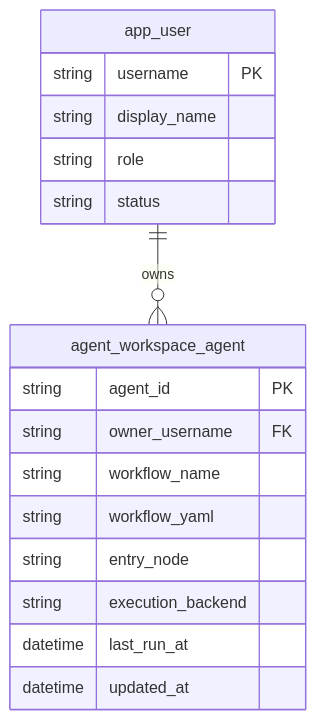
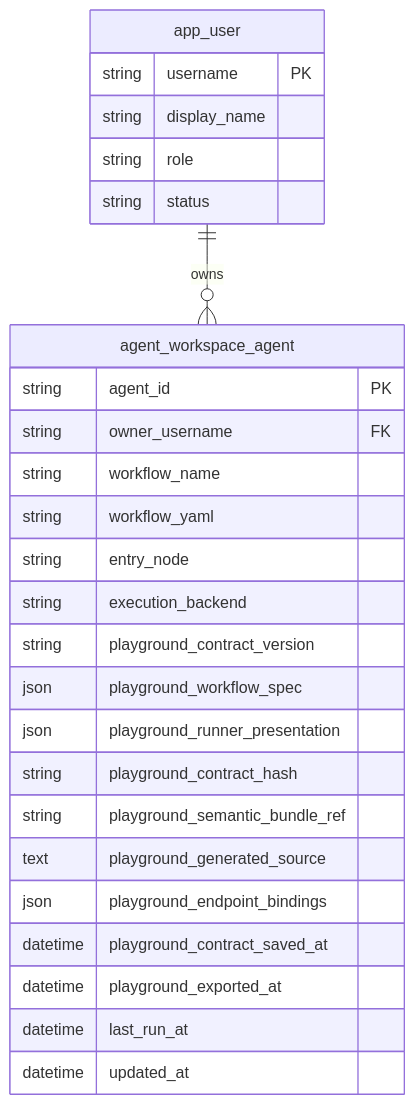
Before and after one commit to MarkovChenITRI/eosl-aihub-pages: the fourth of 11 diagrams in docs/platform-maintenance/foundation/database-structure-and-responsibility-boundaries.md, drawn with Mermaid. The commit also changed other lines of this file and 4 other files, not shown here.

Commit message:
Document Playground v2 contract

````diff
--- a/docs/platform-maintenance/foundation/database-structure-and-responsibility-boundaries.md
+++ b/docs/platform-maintenance/foundation/database-structure-and-responsibility-boundaries.md
@@ -208,22 +208,31 @@
 ```mermaid
 erDiagram
     app_user ||--o{ agent_workspace_agent : owns
 
     app_user {
         string username PK
         string display_name
         string role
         string status
     }
 
     agent_workspace_agent {
         string agent_id PK
         string owner_username FK
         string workflow_name
         string workflow_yaml
         string entry_node
         string execution_backend
+        string playground_contract_version
+        json playground_workflow_spec
+        json playground_runner_presentation
+        string playground_contract_hash
+        string playground_semantic_bundle_ref
+        text playground_generated_source
+        json playground_endpoint_bindings
+        datetime playground_contract_saved_at
+        datetime playground_exported_at
         datetime last_run_at
         datetime updated_at
     }
 ```
````
